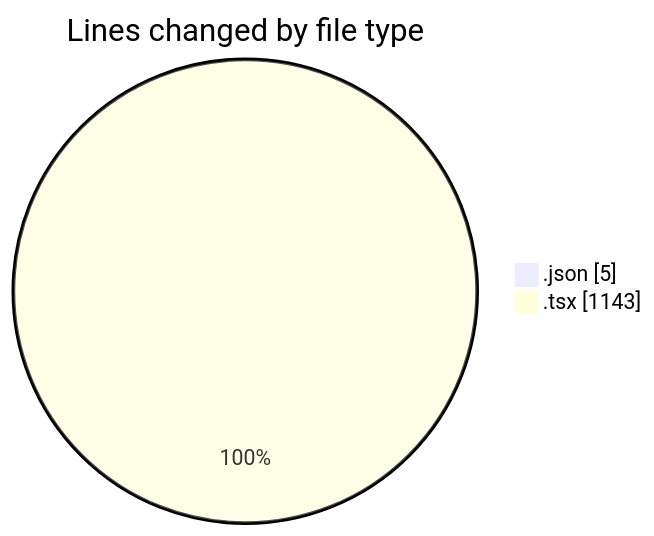
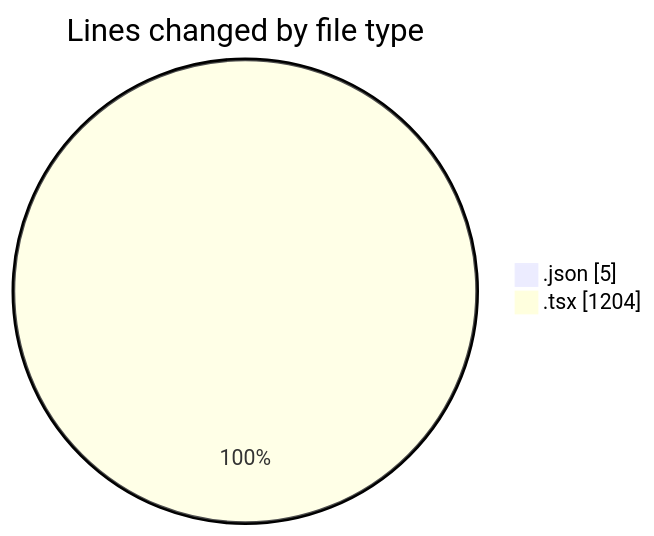
Before and after one commit to Elitesun/code-tracking: the first of 2 diagrams in 2025-05-29/advertise/README.md, drawn with Mermaid. The commit also changed other lines of this file and 1 other file, not shown here.

````diff
--- a/2025-05-29/advertise/README.md
+++ b/2025-05-29/advertise/README.md
@@ -26,6 +26,6 @@
 ```mermaid
 pie showData
 title Lines changed by file type
 ".json" : 5
-".tsx" : 1143
+".tsx" : 1204
 ```
````
